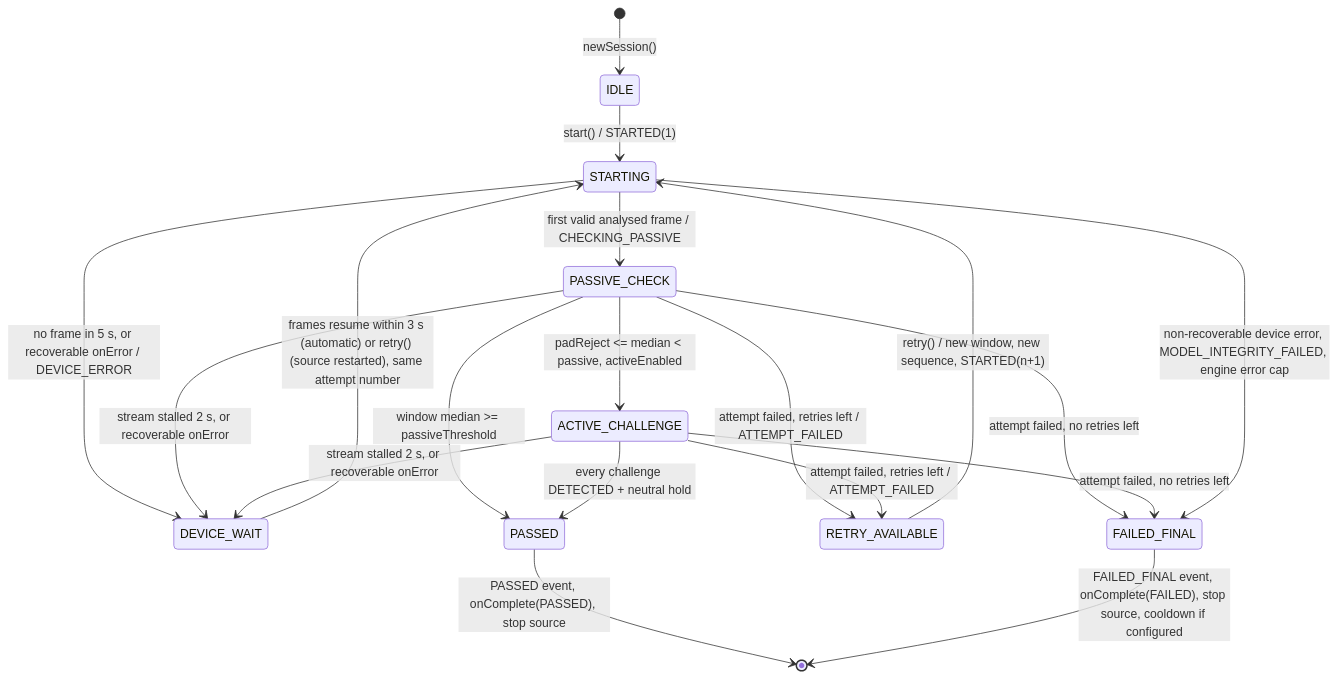
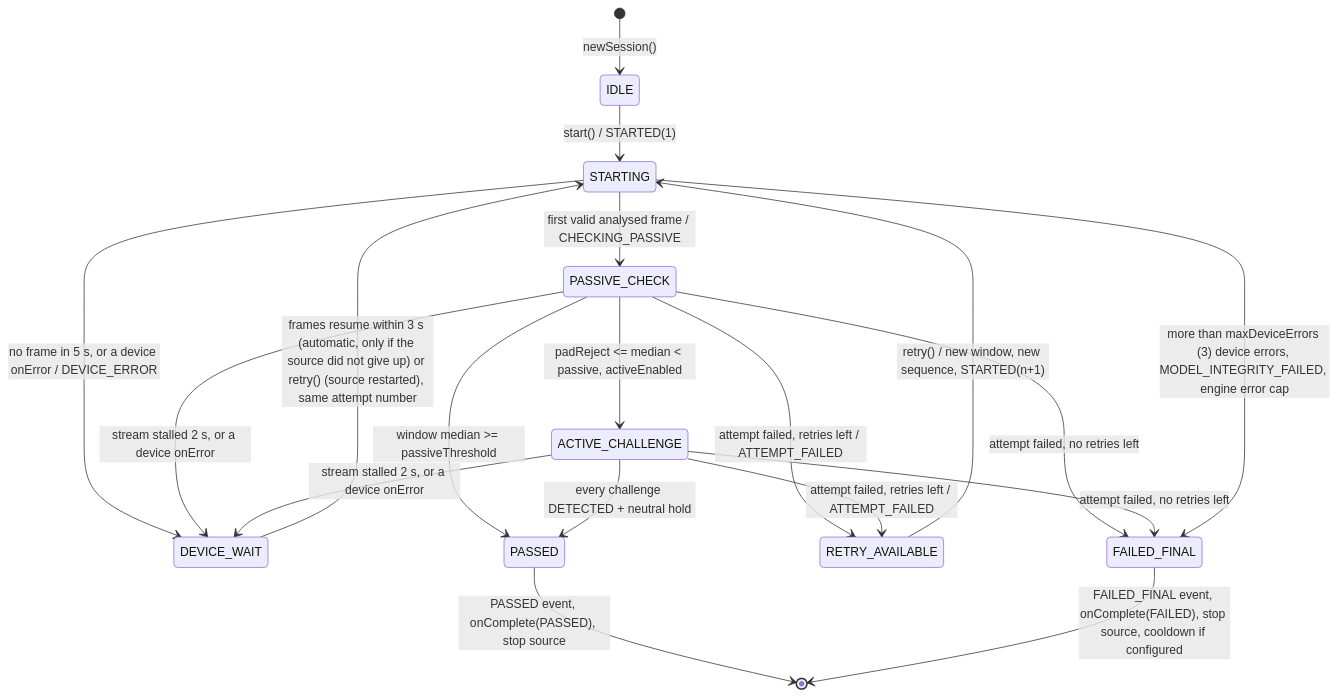
The third of 7 diagrams in docs/person3-design.md (ChadDadChag/Mosip26), drawn with Mermaid before and after one commit. The commit also changed other lines of this file and 29 other files, not shown here.

First line of the commit message:
Part 3: device retry limit, stale-frame fix, metrics and diagnostics

````diff
--- a/docs/person3-design.md
+++ b/docs/person3-design.md
@@ -175,21 +175,21 @@
 ```mermaid
 stateDiagram-v2
   [*] --> IDLE : newSession()
   IDLE --> STARTING : start() / STARTED(1)
   STARTING --> PASSIVE_CHECK : first valid analysed frame / CHECKING_PASSIVE
-  STARTING --> DEVICE_WAIT : no frame in 5 s, or recoverable onError / DEVICE_ERROR
+  STARTING --> DEVICE_WAIT : no frame in 5 s, or a device onError / DEVICE_ERROR
   PASSIVE_CHECK --> PASSED : window median >= passiveThreshold
   PASSIVE_CHECK --> ACTIVE_CHALLENGE : padReject <= median < passive, activeEnabled
   PASSIVE_CHECK --> RETRY_AVAILABLE : attempt failed, retries left / ATTEMPT_FAILED
   ACTIVE_CHALLENGE --> PASSED : every challenge DETECTED + neutral hold
   ACTIVE_CHALLENGE --> RETRY_AVAILABLE : attempt failed, retries left / ATTEMPT_FAILED
-  PASSIVE_CHECK --> DEVICE_WAIT : stream stalled 2 s, or recoverable onError
-  ACTIVE_CHALLENGE --> DEVICE_WAIT : stream stalled 2 s, or recoverable onError
+  PASSIVE_CHECK --> DEVICE_WAIT : stream stalled 2 s, or a device onError
+  ACTIVE_CHALLENGE --> DEVICE_WAIT : stream stalled 2 s, or a device onError
   RETRY_AVAILABLE --> STARTING : retry() / new window, new sequence, STARTED(n+1)
-  DEVICE_WAIT --> STARTING : frames resume within 3 s (automatic) or retry() (source restarted), same attempt number
+  DEVICE_WAIT --> STARTING : frames resume within 3 s (automatic, only if the source did not give up) or retry() (source restarted), same attempt number
   PASSIVE_CHECK --> FAILED_FINAL : attempt failed, no retries left
   ACTIVE_CHALLENGE --> FAILED_FINAL : attempt failed, no retries left
-  STARTING --> FAILED_FINAL : non-recoverable device error, MODEL_INTEGRITY_FAILED, engine error cap
+  STARTING --> FAILED_FINAL : more than maxDeviceErrors (3) device errors, MODEL_INTEGRITY_FAILED, engine error cap
   PASSED --> [*] : PASSED event, onComplete(PASSED), stop source
   FAILED_FINAL --> [*] : FAILED_FINAL event, onComplete(FAILED), stop source, cooldown if configured
 ```
````
